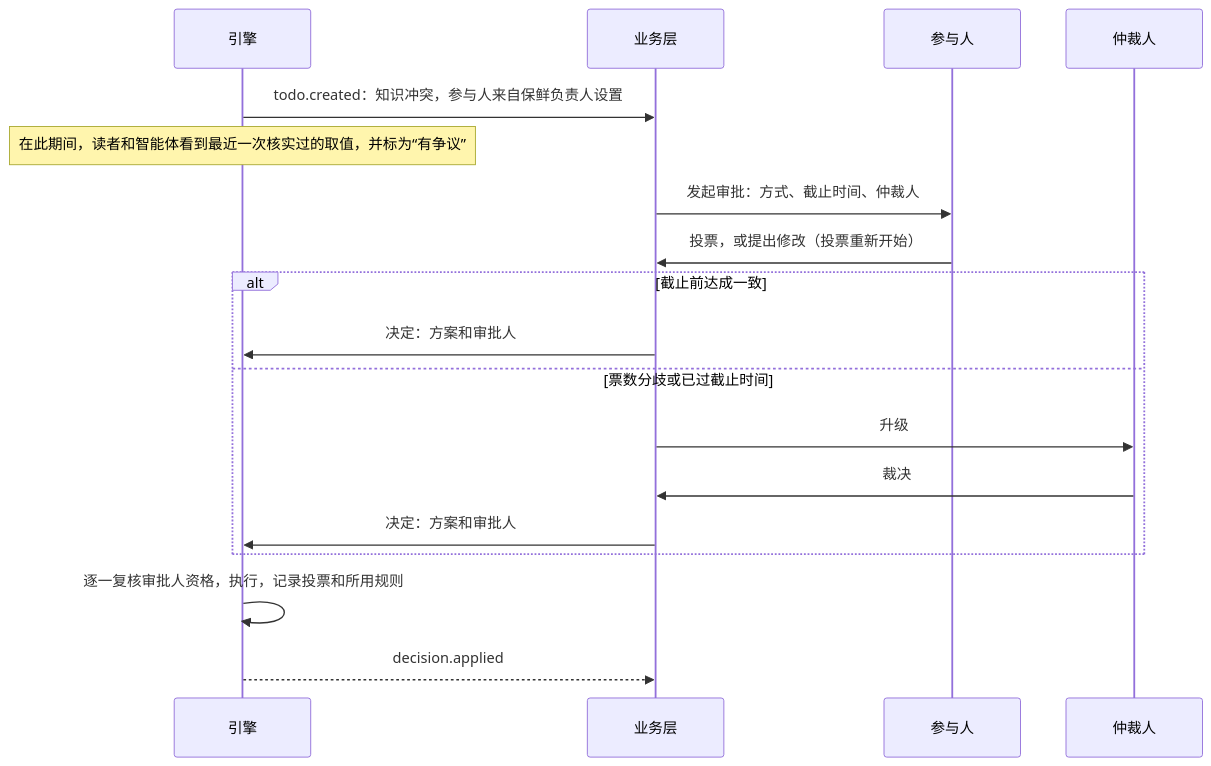
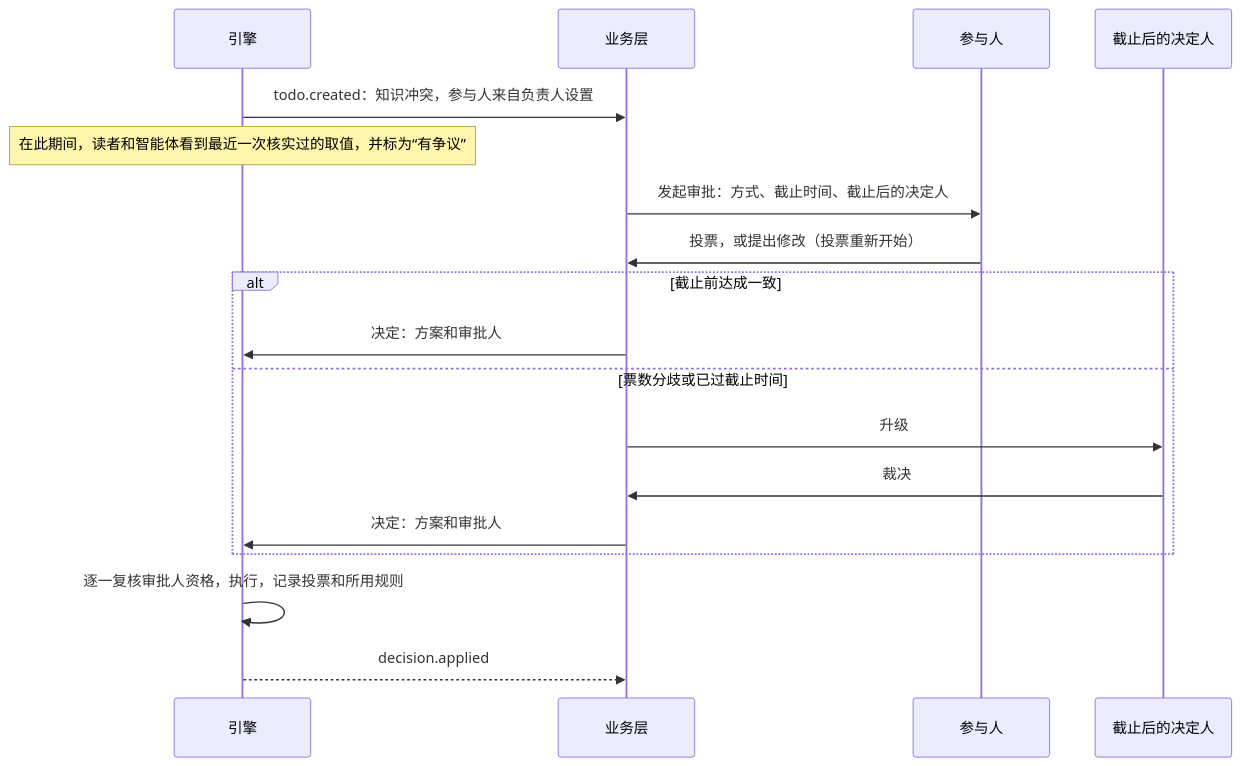
The first of 2 diagrams in docs/zh/design/business-layer.md (AngelMsger/Inspiration), drawn with Mermaid before and after one commit. The commit also changed other lines of this file and 9 other files, not shown here.

````diff
--- a/docs/zh/design/business-layer.md
+++ b/docs/zh/design/business-layer.md
@@ -191,20 +192,20 @@
 ```mermaid
 sequenceDiagram
   participant E as 引擎
   participant B as 业务层
   participant P as 参与人
-  participant A as 仲裁人
-  E->>B: todo.created：知识冲突，参与人来自保鲜负责人设置
+  participant F as 截止后的决定人
+  E->>B: todo.created：知识冲突，参与人来自负责人设置
   Note over E: 在此期间，读者和智能体看到最近一次核实过的取值，并标为“有争议”
-  B->>P: 发起审批：方式、截止时间、仲裁人
+  B->>P: 发起审批：方式、截止时间、截止后的决定人
   P->>B: 投票，或提出修改（投票重新开始）
   alt 截止前达成一致
     B->>E: 决定：方案和审批人
   else 票数分歧或已过截止时间
-    B->>A: 升级
-    A->>B: 裁决
+    B->>F: 升级
+    F->>B: 裁决
     B->>E: 决定：方案和审批人
   end
   E->>E: 逐一复核审批人资格，执行，记录投票和所用规则
   E-->>B: decision.applied
 ```
````
